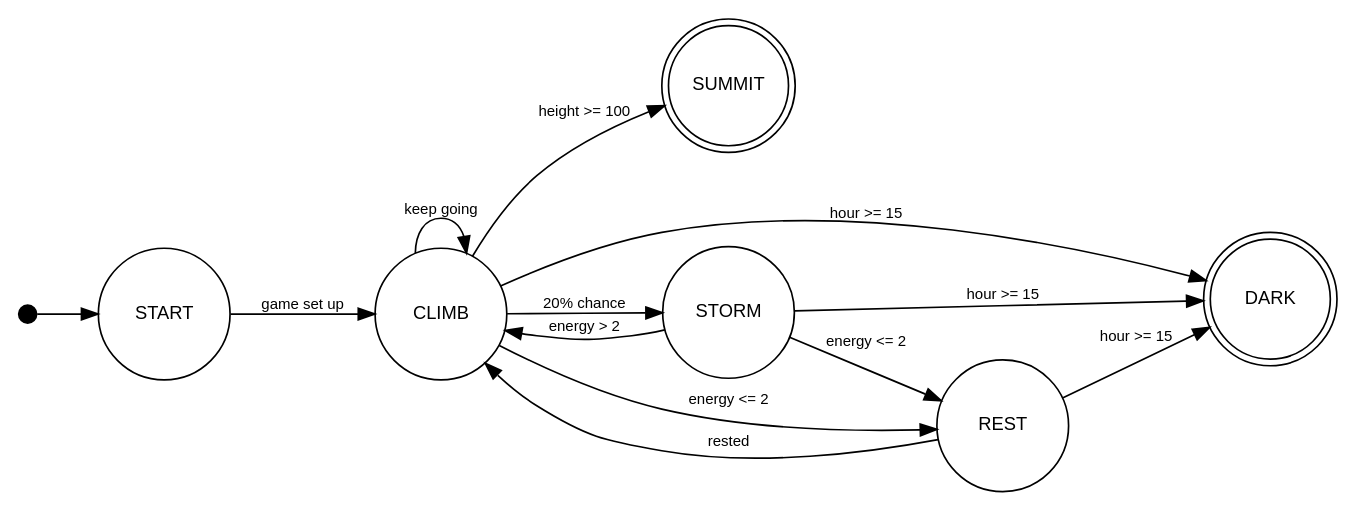
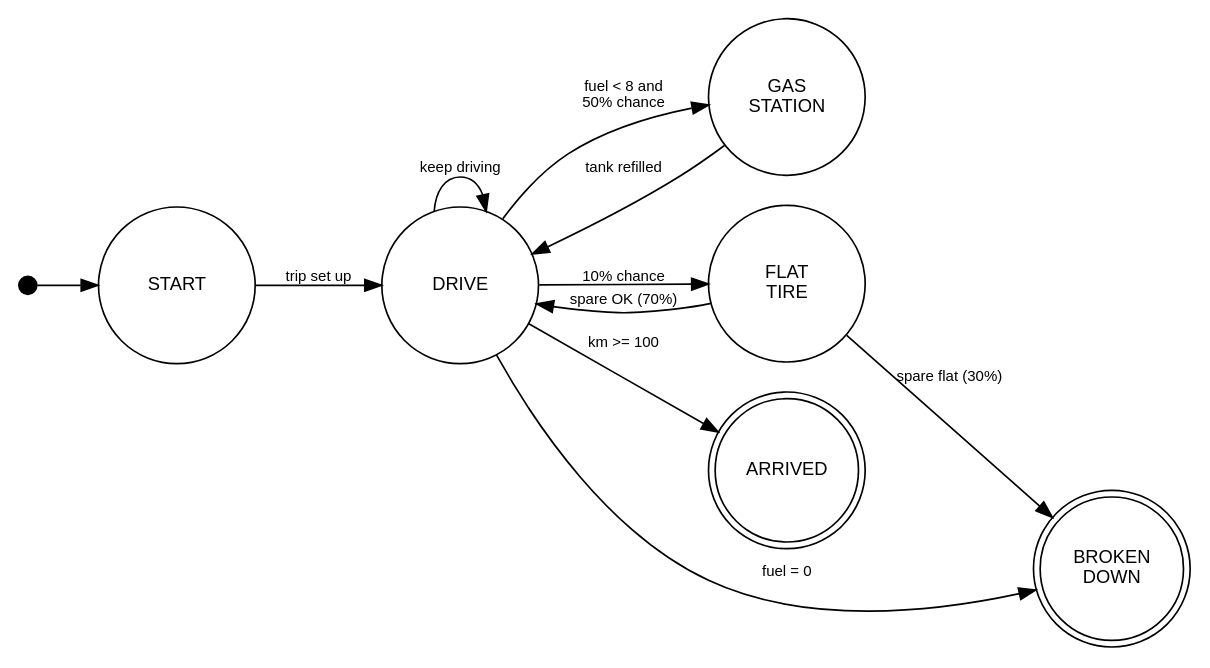
The diagram in gik2nx-lab1/fsm_model.dot (AliSystemvetenskap/gik339--h24aliha-du.se--labb1), drawn with Graphviz before and after one commit. The commit also changed 5 other files, not shown here.

First line of the commit message:
Replace mountain game with simpler car trip game

```diff
--- a/gik2nx-lab1/fsm_model.dot
+++ b/gik2nx-lab1/fsm_model.dot
@@ -1,21 +1,21 @@
-digraph HikeFSM {
+digraph TripFSM {
   rankdir=LR;
-  node [shape=circle, fontname="Arial", fontsize=11, width=1.1, fixedsize=true];
+  node [shape=circle, fontname="Arial", fontsize=11, width=1.3, fixedsize=true];
   edge [fontname="Arial", fontsize=9];
   init [shape=point, width=0.15];
-  SUMMIT [shape=doublecircle, width=1.0];
-  DARK [shape=doublecircle, width=1.0];
+  ARRIVED [shape=doublecircle, width=1.2];
+  BROKEN_DOWN [shape=doublecircle, width=1.2, label="BROKEN\nDOWN"];
+  GAS_STATION [label="GAS\nSTATION"];
+  FLAT_TIRE [label="FLAT\nTIRE"];
 
   init -> START;
-  START -> CLIMB [label="game set up"];
-  CLIMB -> CLIMB [label="keep going"];
-  CLIMB -> STORM [label="20% chance"];
-  CLIMB -> REST [label="energy <= 2"];
-  CLIMB -> SUMMIT [label="height >= 100"];
-  CLIMB -> DARK [label="hour >= 15"];
-  REST -> CLIMB [label="rested"];
-  REST -> DARK [label="hour >= 15"];
-  STORM -> CLIMB [label="energy > 2"];
-  STORM -> REST [label="energy <= 2"];
-  STORM -> DARK [label="hour >= 15"];
+  START -> DRIVE [label="trip set up"];
+  DRIVE -> DRIVE [label="keep driving"];
+  DRIVE -> ARRIVED [label="km >= 100"];
+  DRIVE -> BROKEN_DOWN [label="fuel = 0"];
+  DRIVE -> FLAT_TIRE [label="10% chance"];
+  DRIVE -> GAS_STATION [label="fuel < 8 and\n50% chance"];
+  GAS_STATION -> DRIVE [label="tank refilled"];
+  FLAT_TIRE -> DRIVE [label="spare OK (70%)"];
+  FLAT_TIRE -> BROKEN_DOWN [label="spare flat (30%)"];
 }
```
